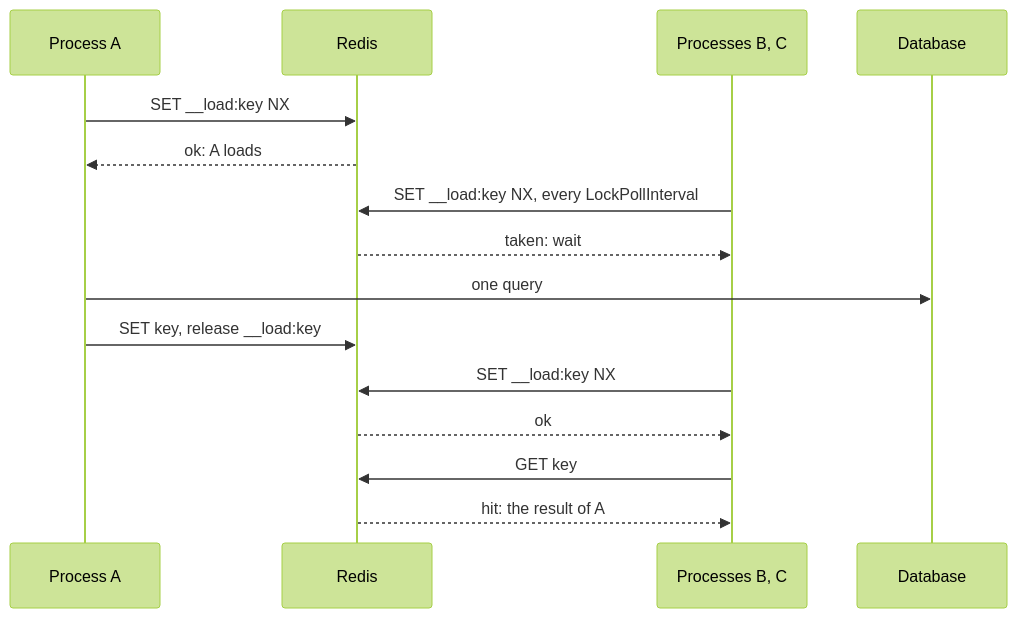
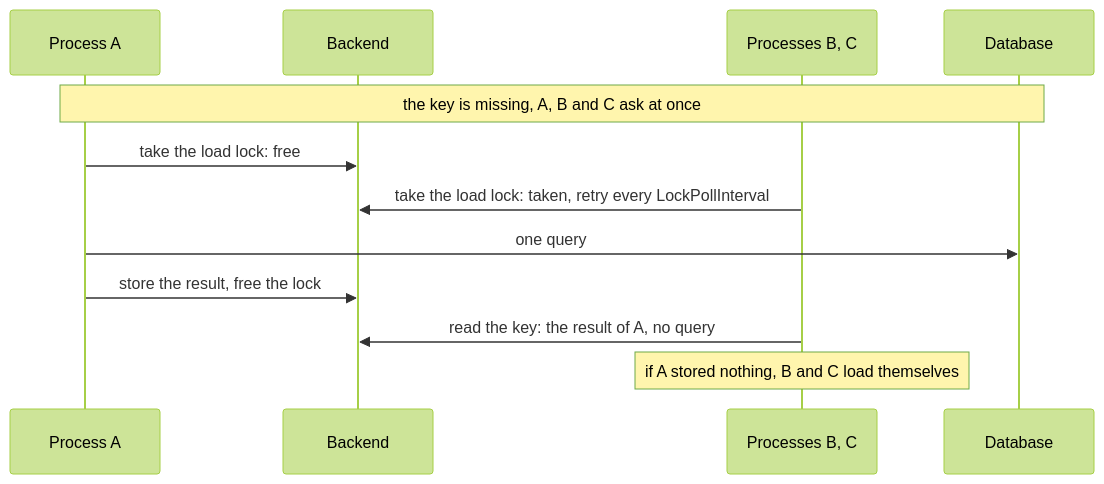
One commit to eugeneliukindev/gashe changed the diagram in docs/en/concepts/stampedes.md. Above: the diagram before and after it, drawn with Mermaid (forest theme). The commit also changed other lines of this file and 195 other files, not shown here.

````diff
--- a/docs/en/concepts/stampedes.md
+++ b/docs/en/concepts/stampedes.md
@@ -15,17 +81,14 @@
 ```mermaid
 sequenceDiagram
     participant A as Process A
-    participant R as Redis
-    participant B as Processes B, C
+    participant K as Backend
+    participant O as Processes B, C
     participant DB as Database
-    A->>R: SET __load:key NX
-    R-->>A: ok: A loads
-    B->>R: SET __load:key NX, every LockPollInterval
-    R-->>B: taken: wait
+    Note over A,DB: the key is missing, A, B and C ask at once
+    A->>K: take the load lock: free
+    O->>K: take the load lock: taken, retry every LockPollInterval
     A->>DB: one query
-    A->>R: SET key, release __load:key
-    B->>R: SET __load:key NX
-    R-->>B: ok
-    B->>R: GET key
-    R-->>B: hit: the result of A
+    A->>K: store the result, free the lock
+    O->>K: read the key: the result of A, no query
+    Note over O: if A stored nothing, B and C load themselves
 ```
````
